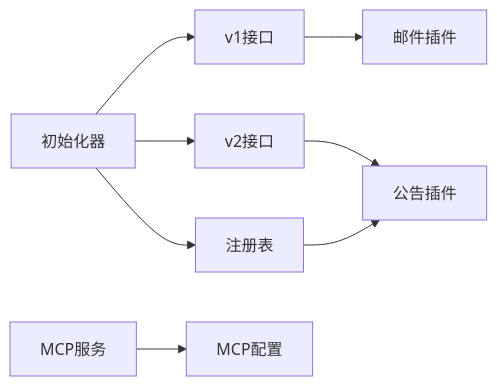
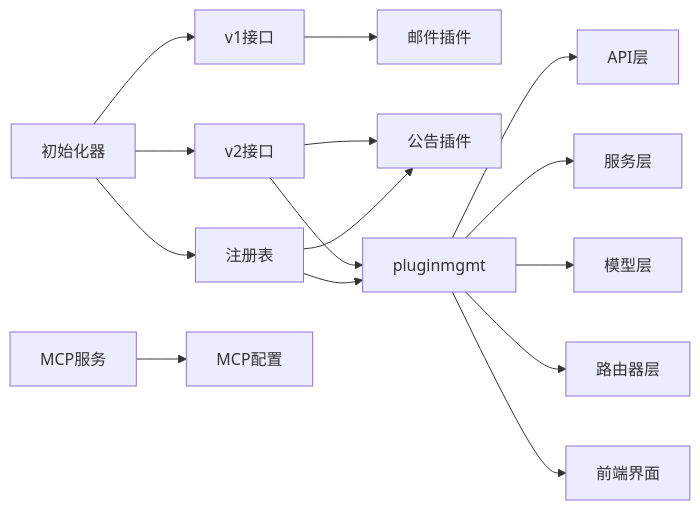
One commit to Xiaomajohn/gin-vue-admin-myself changed the ninth of 9 diagrams in .qoder/repowiki/zh/content/插件系统架构/插件管理系统.md. Above: the diagram before and after it, drawn with Mermaid. The commit also changed other lines of this file and 5 other files, not shown here.

````diff
--- a/.qoder/repowiki/zh/content/插件系统架构/插件管理系统.md
+++ b/.qoder/repowiki/zh/content/插件系统架构/插件管理系统.md
@@ -287,10 +498,17 @@
 ```mermaid
 graph LR
 IF1["v1接口"] --> EMAIL["邮件插件"]
 IF2["v2接口"] --> ANN["公告插件"]
+IF2 --> PM["pluginmgmt"]
 REG["注册表"] --> ANN
+REG --> PM
 INIT["初始化器"] --> IF1
 INIT --> IF2
 INIT --> REG
 MCP["MCP服务"] --> CFG["MCP配置"]
+PM --> API["API层"]
+PM --> SERVICE["服务层"]
+PM --> MODEL["模型层"]
+PM --> ROUTER["路由器层"]
+PM --> FRONT["前端界面"]
 ```
````
